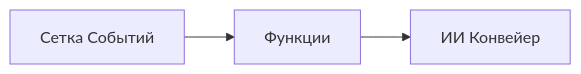
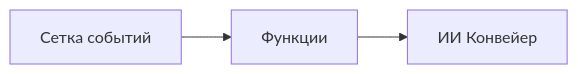
The second of 2 diagrams in translations/ru/docs/chapter-08-production/README.md (microsoft/AZD-for-beginners), drawn with Mermaid before and after one commit. The commit also changed other lines of this file and 104 other files, not shown here.

````diff
--- a/translations/ru/docs/chapter-08-production/README.md
+++ b/translations/ru/docs/chapter-08-production/README.md
@@ -56,4 +57,4 @@
 ```mermaid
 graph LR
-    EventGrid[Сетка Событий] --> Functions[Функции] --> Pipeline[ИИ Конвейер]
+    EventGrid[Сетка событий] --> Functions[Функции] --> Pipeline[ИИ Конвейер]
 ```
````
